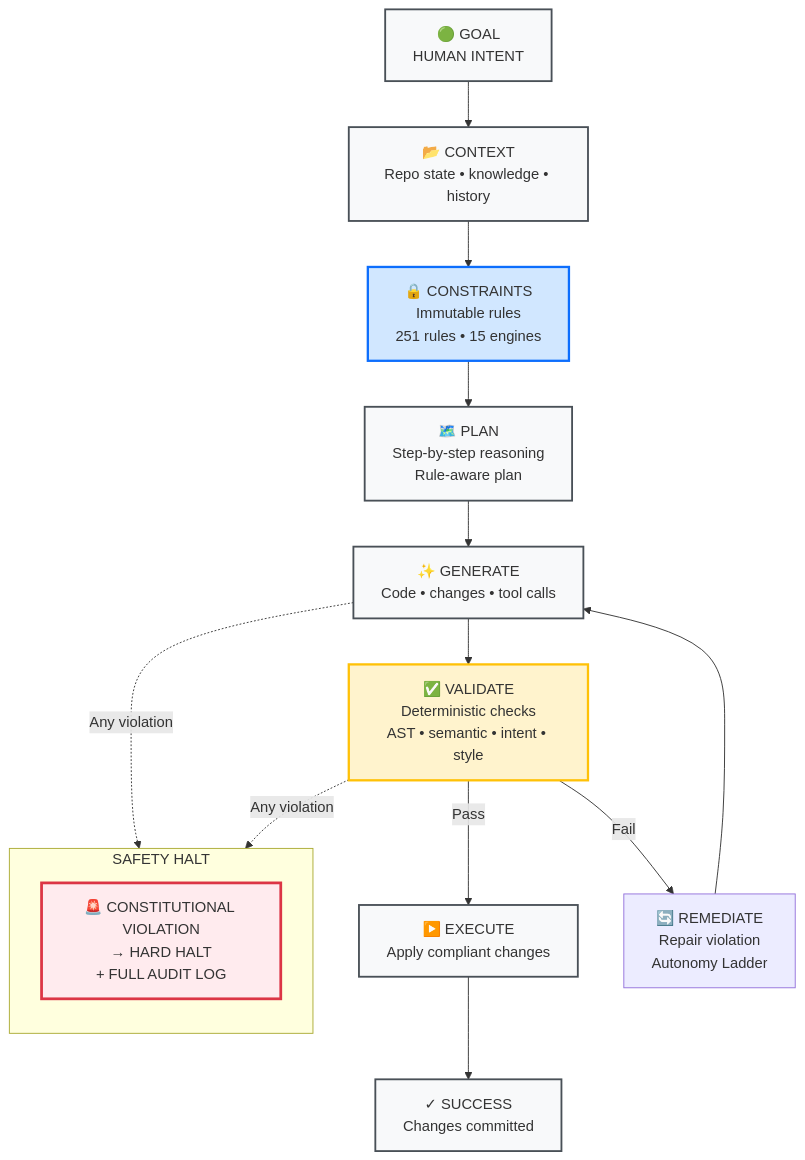
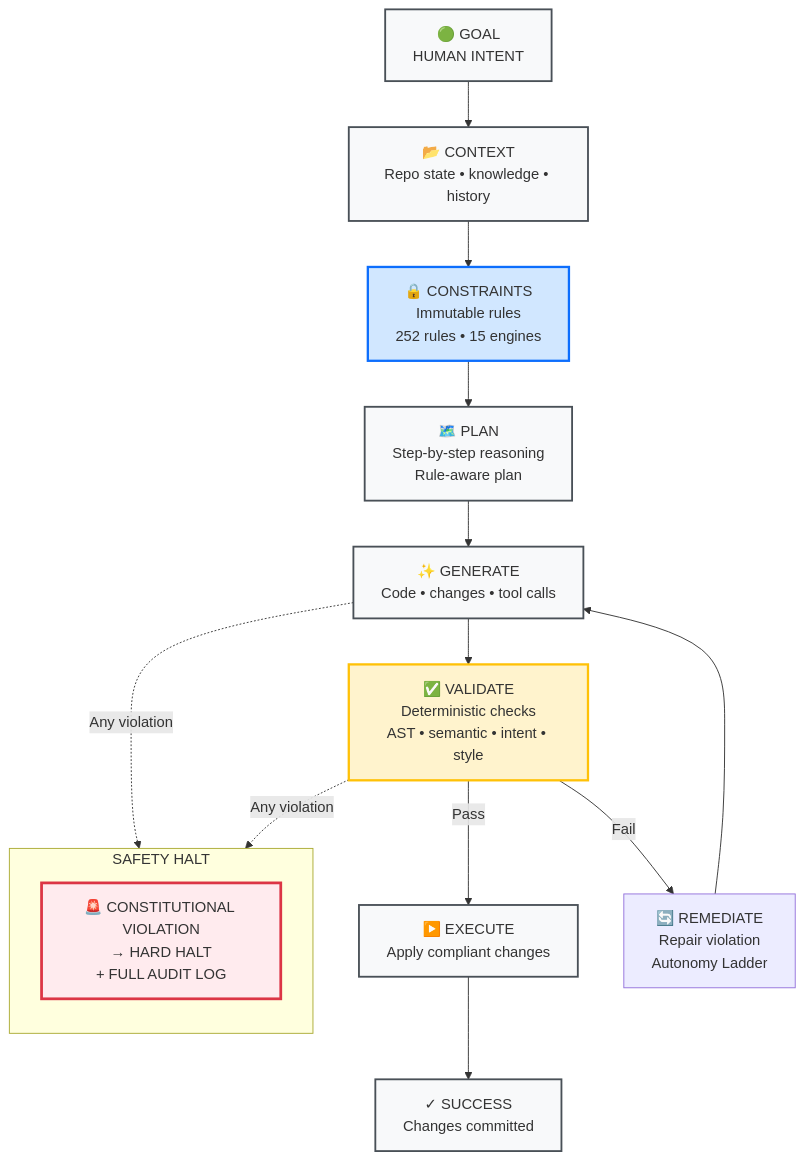
Before and after one commit to DariuszNewecki/CORE: the diagram in README.md, drawn with Mermaid. The commit also changed other lines of this file and 4 other files, not shown here.

````diff
--- a/README.md
+++ b/README.md
@@ -134,30 +134,30 @@
 ```mermaid
 flowchart TD
     A["🟢 GOAL\nHUMAN INTENT"] --> B["📂 CONTEXT\nRepo state • knowledge • history"]
-    B --> C["🔒 CONSTRAINTS\nImmutable rules\n251 rules • 15 engines"]
+    B --> C["🔒 CONSTRAINTS\nImmutable rules\n252 rules • 15 engines"]
     C --> D["🗺️ PLAN\nStep-by-step reasoning\nRule-aware plan"]
     D --> E["✨ GENERATE\nCode • changes • tool calls"]
     E --> F["✅ VALIDATE\nDeterministic checks\nAST • semantic • intent • style"]
     F -->|Pass| G["▶️ EXECUTE\nApply compliant changes"]
     F -->|Fail| H["🔄 REMEDIATE\nRepair violation\nAutonomy Ladder"]
     H --> E
     G --> I["✓ SUCCESS\nChanges committed"]
 
     subgraph "SAFETY HALT"
         direction TB
         J["🚨 CONSTITUTIONAL VIOLATION\n→ HARD HALT\n+ FULL AUDIT LOG"]
     end
 
     E -.->|Any violation| J
     F -.->|Any violation| J
 
     classDef phase      fill:#f8f9fa,stroke:#495057,stroke-width:2px
     classDef constraint fill:#d1e7ff,stroke:#0d6efd,stroke-width:2.5px
     classDef validate   fill:#fff3cd,stroke:#ffc107,stroke-width:2.5px
     classDef halt       fill:#ffebee,stroke:#dc3545,stroke-width:3px
 
     class A,B,D,E,G,I phase
     class C constraint
     class F validate
     class J halt
 ```
````
